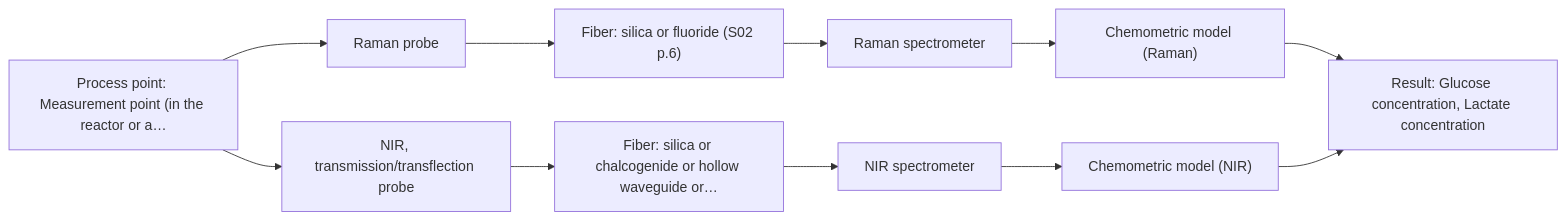
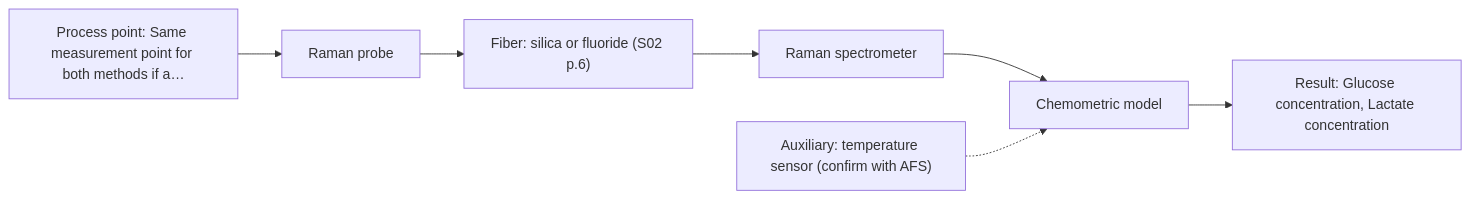
The first of 2 diagrams in outputs/dev/D04.md (sleipnir029/Afs-Spectroscopy-Assistant), drawn with Mermaid before and after one commit. The commit also changed other lines of this file and 7 other files, not shown here.

````diff
--- a/outputs/dev/D04.md
+++ b/outputs/dev/D04.md
@@ -38,23 +38,16 @@
 ```mermaid
 flowchart LR
-    proc["Process point: Measurement point (in the reactor or a…"]
+    proc["Process point: Same measurement point for both methods if a…"]
     probe1["Raman probe"]
     fiber1["Fiber: silica or fluoride (S02 p.6)"]
     spec1["Raman spectrometer"]
-    model1["Chemometric model (Raman)"]
-    probe2["NIR, transmission/transflection probe"]
-    fiber2["Fiber: silica or chalcogenide or hollow waveguide or…"]
-    spec2["NIR spectrometer"]
-    model2["Chemometric model (NIR)"]
+    model["Chemometric model"]
     result["Result: Glucose concentration, Lactate concentration"]
+    aux1["Auxiliary: temperature sensor (confirm with AFS)"]
     proc --> probe1
     probe1 --> fiber1
     fiber1 --> spec1
-    spec1 --> model1
-    proc --> probe2
-    probe2 --> fiber2
-    fiber2 --> spec2
-    spec2 --> model2
-    model1 --> result
-    model2 --> result
+    spec1 --> model
+    model --> result
+    aux1 -.-> model
 ```
````
